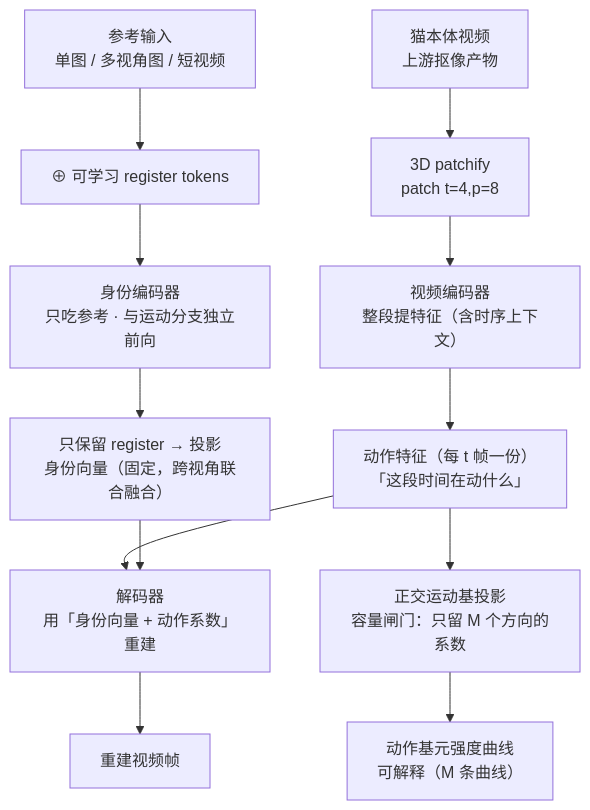
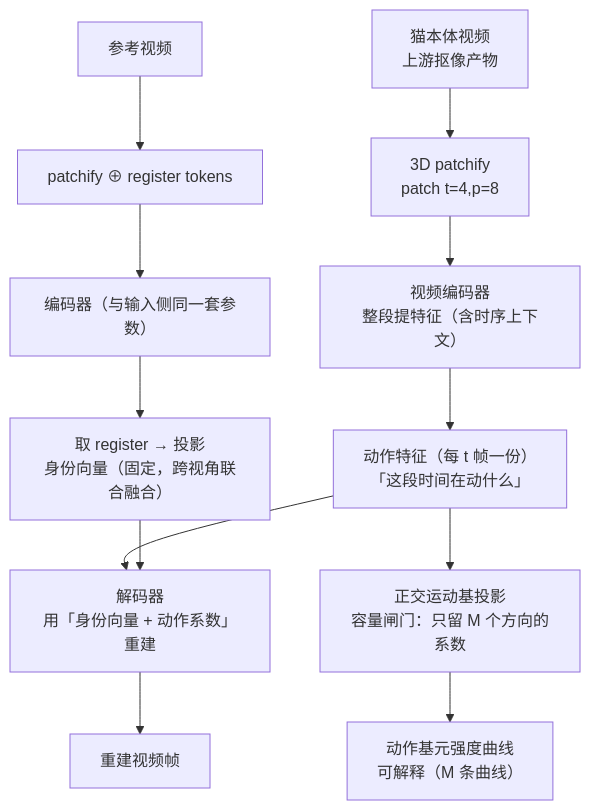
One commit to gongshangzheng/pet-action-recognition changed the first of 2 diagrams in management/docs/identity-tokenizer.md. Above: the diagram before and after it, drawn with Mermaid. The commit also changed other lines of this file and 2 other files, not shown here.

First line of the commit message:
design: 新增 §1.5 对称架构（含隔离约束）；C13 定 B（参考视频）；AdapTok 结构不可复用

````diff
--- a/management/docs/identity-tokenizer.md
+++ b/management/docs/identity-tokenizer.md
@@ -60,18 +60,18 @@
 ```mermaid
 flowchart TD
-    R["参考输入<br/>单图 / 多视角图 / 短视频"] --> RT["⊕ 可学习 register tokens"]
-    RT --> E0["身份编码器<br/>只吃参考 · 与运动分支独立前向"]
-    E0 --> L["只保留 register → 投影<br/>身份向量（固定，跨视角联合融合）"]
+    R["参考视频"] --> RT["patchify ⊕ register tokens"]
+    RT --> E0["编码器（与输入侧同一套参数）"]
+    E0 --> L["取 register → 投影<br/>身份向量（固定，跨视角联合融合）"]
 
     A[猫本体视频<br/>上游抠像产物] --> B["3D patchify<br/>patch t=4,p=8"]
     B --> C["视频编码器<br/>整段提特征（含时序上下文）"]
 
     C --> F["动作特征（每 t 帧一份）<br/>「这段时间在动什么」"]
 
     F --> H["正交运动基投影<br/>容量闸门：只留 M 个方向的系数"]
     H --> I["动作基元强度曲线<br/>可解释（M 条曲线）"]
 
     F --> J["解码器<br/>用「身份向量 + 动作系数」重建"]
     L --> J
     J --> K[重建视频帧]
 ```
````
